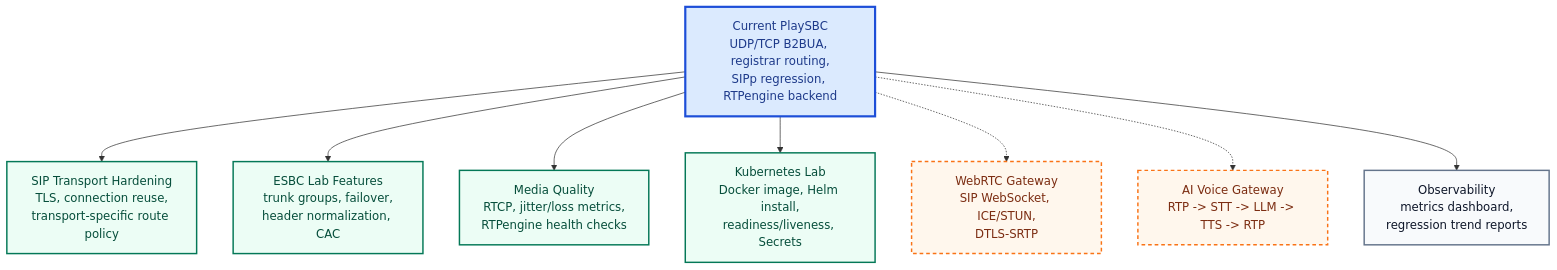
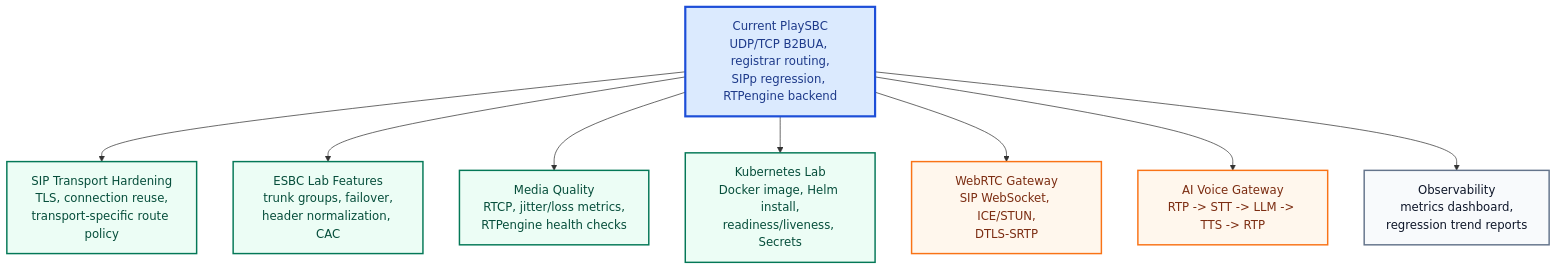
One commit to sudheerkumarvatrapu/PlaySBC changed the sixth of 6 diagrams in docs/ARCHITECTURE_NETWORK.md. Above: the diagram before and after it, drawn with Mermaid. The commit also changed other lines of this file, not shown here.

Commit message:
Make architecture Mermaid render safely

````diff
--- a/docs/ARCHITECTURE_NETWORK.md
+++ b/docs/ARCHITECTURE_NETWORK.md
@@ -374,30 +357,30 @@
 ```mermaid
 flowchart TB
     Current["Current PlaySBC<br/>UDP/TCP B2BUA, registrar routing,<br/>SIPp regression, RTPengine backend"]
 
     SipHardening["SIP Transport Hardening<br/>TLS, connection reuse,<br/>transport-specific route policy"]
     Esbc["ESBC Lab Features<br/>trunk groups, failover,<br/>header normalization, CAC"]
     MediaQuality["Media Quality<br/>RTCP, jitter/loss metrics,<br/>RTPengine health checks"]
     Kubernetes["Kubernetes Lab<br/>Docker image, Helm install,<br/>readiness/liveness, Secrets"]
     WebRTC["WebRTC Gateway<br/>SIP WebSocket, ICE/STUN,<br/>DTLS-SRTP"]
     AiVoice["AI Voice Gateway<br/>RTP -> STT -> LLM -> TTS -> RTP"]
     Observability["Observability<br/>metrics dashboard,<br/>regression trend reports"]
 
     Current --> SipHardening
     Current --> Esbc
     Current --> MediaQuality
     Current --> Kubernetes
-    Current -.-> WebRTC
-    Current -.-> AiVoice
+    Current --> WebRTC
+    Current --> AiVoice
     Current --> Observability
 
     classDef current fill:#DBEAFE,stroke:#1D4ED8,color:#1E3A8A,stroke-width:3px
     classDef near fill:#ECFDF5,stroke:#047857,color:#064E3B,stroke-width:2px
-    classDef future fill:#FFF7ED,stroke:#F97316,color:#7C2D12,stroke-width:2px,stroke-dasharray:5 4
+    classDef future fill:#FFF7ED,stroke:#F97316,color:#7C2D12,stroke-width:2px
     classDef obs fill:#F8FAFC,stroke:#64748B,color:#0F172A,stroke-width:2px
 
     class Current current
     class SipHardening,Esbc,MediaQuality,Kubernetes near
     class WebRTC,AiVoice future
     class Observability obs
 ```
````
